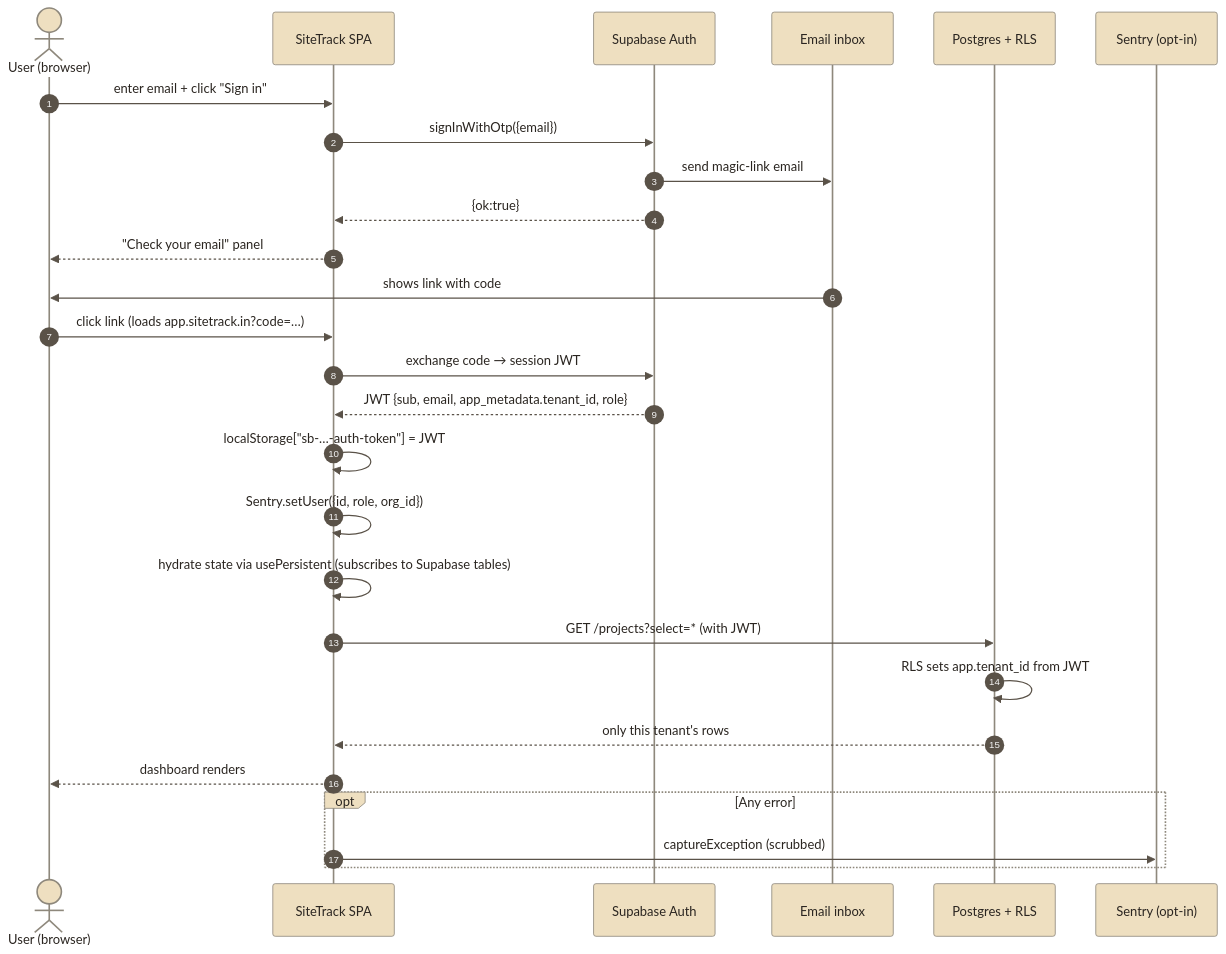
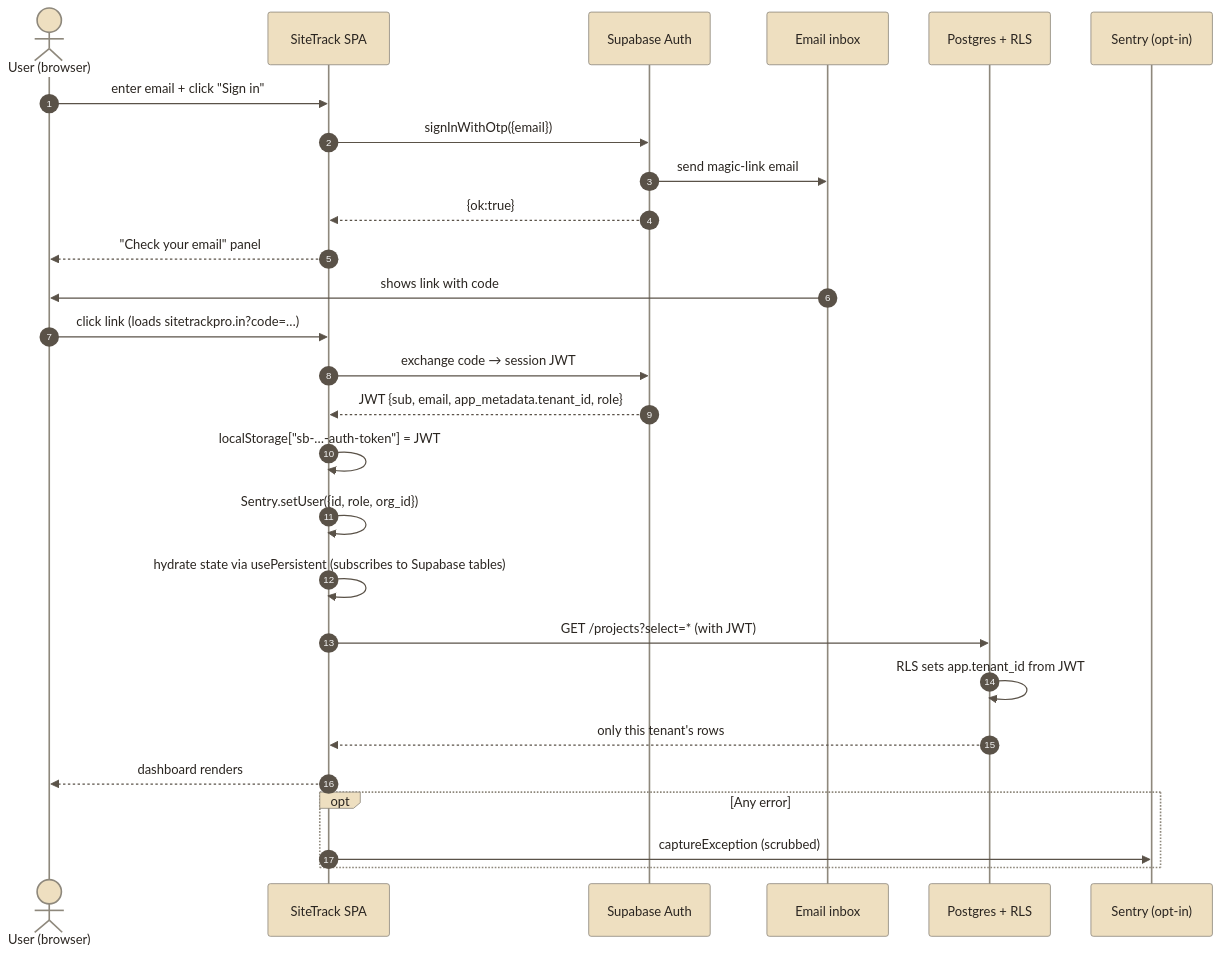
One commit to Rakesh-7989/Site-Tracker-Pro changed the diagram in docs/architecture/sequence/01-magic-link-login.mmd. Above: the diagram before and after it, drawn with Mermaid. The commit also changed 94 other files, not shown here.

```diff
--- a/docs/architecture/sequence/01-magic-link-login.mmd
+++ b/docs/architecture/sequence/01-magic-link-login.mmd
@@ -1,32 +1,32 @@
 %%{init: {'theme':'base','themeVariables':{'fontFamily':'Georgia, serif','primaryColor':'#FAF0E6','primaryBorderColor':'#8E887C','primaryTextColor':'#2A2520','actorBkg':'#EEDFC0','actorBorder':'#8E887C','signalColor':'#5A5248'}}}%%
 sequenceDiagram
     autonumber
     actor U as User (browser)
     participant SPA as SiteTrack SPA
     participant SA as Supabase Auth
     participant Mail as Email inbox
     participant PG as Postgres + RLS
     participant Sen as Sentry (opt-in)
 
     U->>SPA: enter email + click "Sign in"
     SPA->>SA: signInWithOtp({email})
     SA->>Mail: send magic-link email
     SA-->>SPA: {ok:true}
     SPA-->>U: "Check your email" panel
 
     Mail->>U: shows link with code
-    U->>SPA: click link  (loads app.sitetrack.in?code=…)
+    U->>SPA: click link  (loads sitetrackpro.in?code=…)
     SPA->>SA: exchange code → session JWT
     SA-->>SPA: JWT {sub, email, app_metadata.tenant_id, role}
 
     SPA->>SPA: localStorage["sb-…-auth-token"] = JWT
     SPA->>SPA: Sentry.setUser({id, role, org_id})
     SPA->>SPA: hydrate state via usePersistent (subscribes to Supabase tables)
     SPA->>PG: GET /projects?select=* (with JWT)
     PG->>PG: RLS sets app.tenant_id from JWT
     PG-->>SPA: only this tenant's rows
     SPA-->>U: dashboard renders
 
     opt Any error
         SPA->>Sen: captureException (scrubbed)
     end
```
